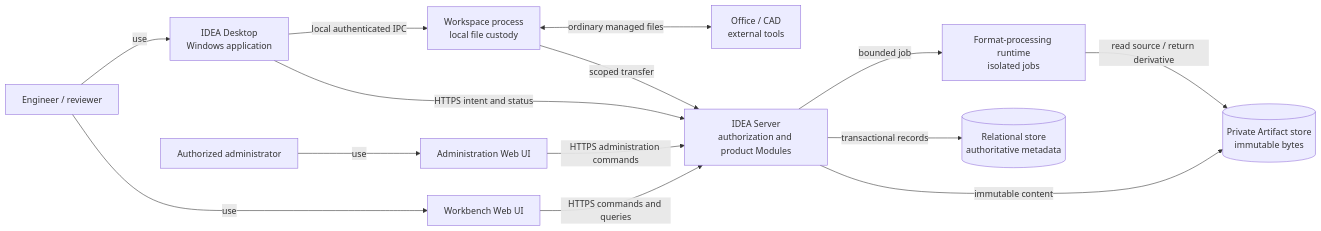
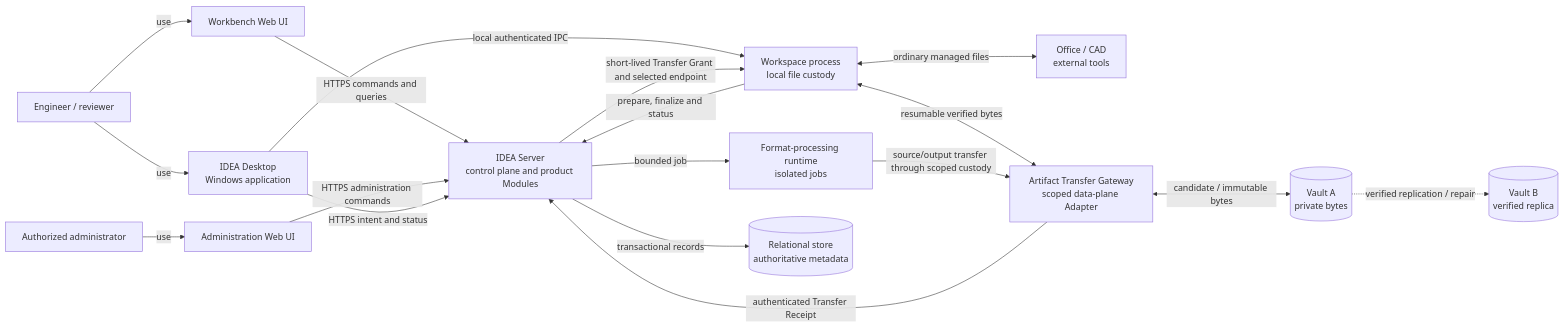
The second of 28 diagrams in docs/product/instances/idea-engineering/DOC-05-architecture-description.md (devphuclam/IDEAEngineering), drawn with Mermaid before and after one commit. The commit also changed other lines of this file and 496 other files, not shown here.

Commit message:
docs: update vault architecture and clean repository evidence

````diff
--- a/docs/product/instances/idea-engineering/DOC-05-architecture-description.md
+++ b/docs/product/instances/idea-engineering/DOC-05-architecture-description.md
@@ -232,31 +235,37 @@
 ```mermaid
 flowchart LR
     accTitle: IDEA Engineering candidate container view
-    accDescr: Engineers use the Web workbench or Desktop. Administrators use the Administration Web application. All protected requests go to one IDEA Server, which owns authorization and product coordination and accesses the relational and private Artifact stores. The Workspace process alone manages local working files. Format processing is isolated from the main Server.
+    accDescr: Engineers use the Web workbench or Desktop. Administrators use the Administration Web application. Protected product commands go to the IDEA Server control plane. Artifact Custody selects a Gateway and Vault and returns a short-lived grant, so large bytes move directly between Workspace and Gateway while the Server retains authorization, operation status and publication authority. One Artifact may have several Vault locations. Format processing is isolated from the main Server.
 
     engineer["Engineer / reviewer"]
     administrator["Authorized administrator"]
     workbench["Workbench Web UI"]
     adminWeb["Administration Web UI"]
     desktop["IDEA Desktop<br/>Windows application"]
     workspace["Workspace process<br/>local file custody"]
     tools["Office / CAD<br/>external tools"]
-    server["IDEA Server<br/>authorization and product Modules"]
+    server["IDEA Server<br/>control plane and product Modules"]
     format["Format-processing runtime<br/>isolated jobs"]
     db[("Relational store<br/>authoritative metadata")]
-    artifacts[("Private Artifact store<br/>immutable bytes")]
+    gateway["Artifact Transfer Gateway<br/>scoped data-plane Adapter"]
+    vaultA[("Vault A<br/>private bytes")]
+    vaultB[("Vault B<br/>verified replica")]
 
     engineer -->|use| workbench
     engineer -->|use| desktop
     administrator -->|use| adminWeb
     workbench -->|HTTPS commands and queries| server
     adminWeb -->|HTTPS administration commands| server
     desktop -->|HTTPS intent and status| server
     desktop -->|local authenticated IPC| workspace
     workspace <-->|ordinary managed files| tools
-    workspace -->|scoped transfer| server
+    workspace -->|prepare, finalize and status| server
     server -->|transactional records| db
-    server -->|immutable content| artifacts
+    server -->|short-lived Transfer Grant and selected endpoint| workspace
+    workspace <-->|resumable verified bytes| gateway
+    gateway <-->|candidate / immutable bytes| vaultA
+    gateway -->|authenticated Transfer Receipt| server
+    vaultA -.->|verified replication / repair| vaultB
     server -->|bounded job| format
-    format -->|read source / return derivative| artifacts
+    format -->|source/output transfer through scoped custody| gateway
 ```
````
